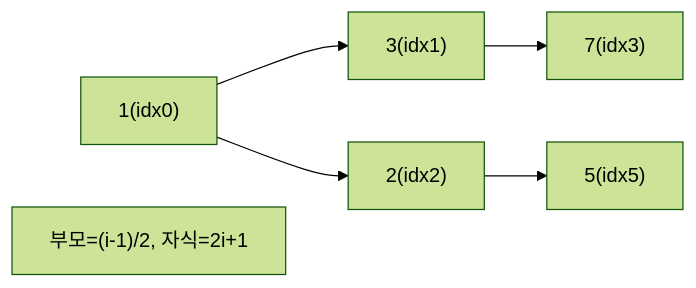
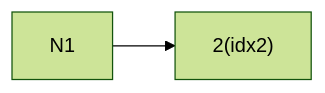
Before and after one commit to yjkim2015/yjkim2015.github.io: diagram 17 of 21 in _posts/java/2026-05-01-java-collections.md, drawn with Mermaid (forest theme). The commit also changed other lines of this file and 149 other files, not shown here.

First line of the commit message:
Mermaid 가독성 개선: 라벨 축약, 노드 축소, TD→LR 변환

````diff
--- a/_posts/java/2026-05-01-java-collections.md
+++ b/_posts/java/2026-05-01-java-collections.md
@@ -683,8 +676,4 @@
 ```mermaid
 graph LR
-    N1["1(idx0)"] --> N3["3(idx1)"]
     N1 --> N2["2(idx2)"]
-    N3 --> N7["7(idx3)"]
-    N2 --> N5["5(idx5)"]
-    RULE["부모=(i-1)/2, 자식=2i+1"]
 ```
````
